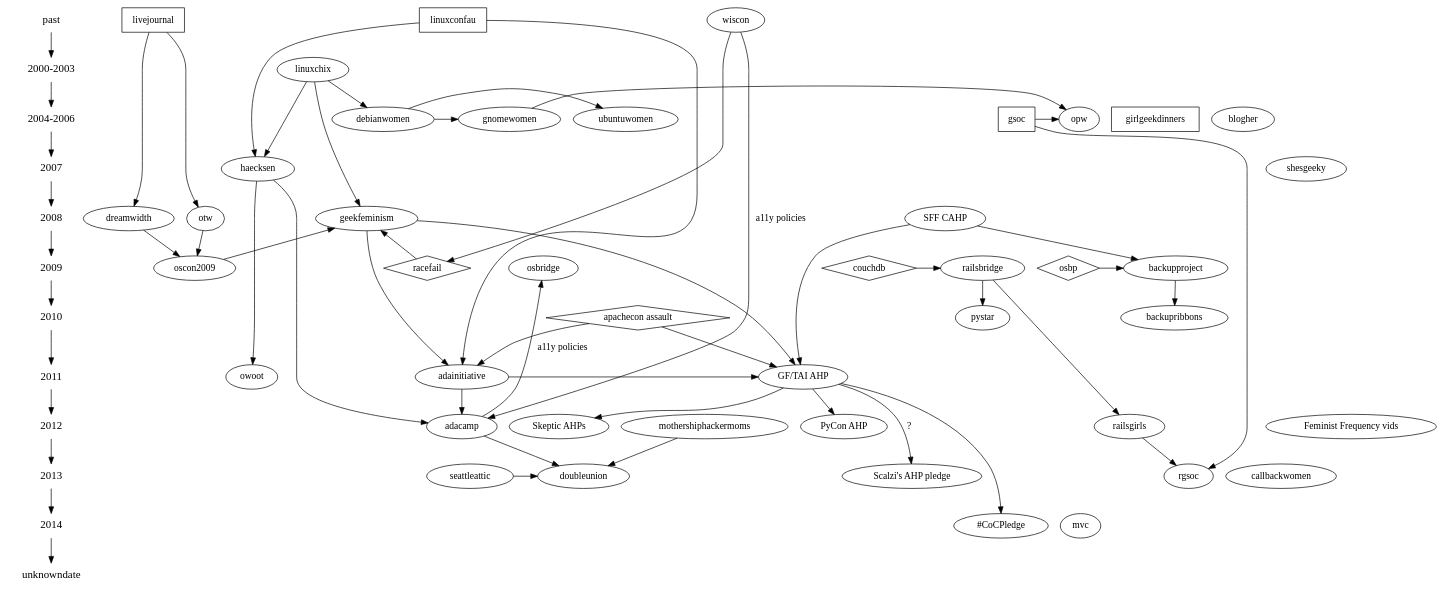
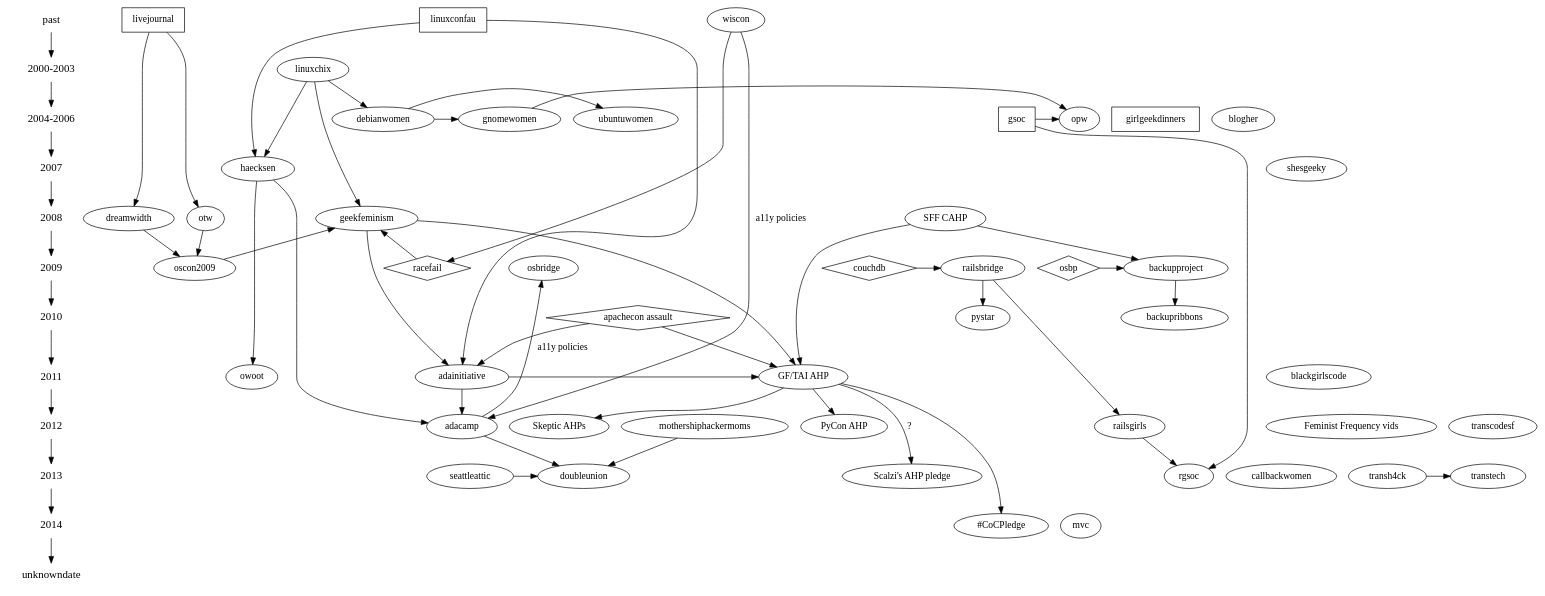
The diagram in gfft.dot (brainwane/gf-family-tree), drawn with Graphviz before and after one commit. The commit also changed 1 other file, not shown here.

Commit message:
added blackgirlscode, transh4ck, transcodesf, transtech

```diff
--- a/gfft.dot
+++ b/gfft.dot
@@ -1,147 +1,152 @@
 digraph GeekFeminismFamilyTree {
 
   /*
      The following shapes are used for different types of things:
      oval = geek feminist/women-in-tech/etc organisation
      rectangle = orgs that aren't particularly feminist, but are influential
      diamond = event/incident (cf. GF wiki "Timeline of Incidents")
   */
 
   /*
      And this section lays out the history in terms of years.
   */
 
   {
     node [shape=plaintext, fontsize=16];
     past -> "2000-2003" -> "2004-2006" -> 2007 -> 2008 -> 2009 -> 2010 -> 2011 -> 2012 -> 2013 -> 2014 -> unknowndate;
   }
   { rank = same; past; livejournal; wiscon; linuxconfau}
   { rank = same; "2000-2003"; linuxchix; }
   { rank = same; "2004-2006"; gsoc; opw; ubuntuwomen; gnomewomen; debianwomen; girlgeekdinners; blogher; }
   { rank = same; 2007; haecksen; shesgeeky; }
   { rank = same; 2008; "SFF CAHP"; geekfeminism; dreamwidth; otw; }
   { rank = same; 2009; oscon2009; racefail; couchdb; railsbridge; osbp; backupproject; osbridge; }
   { rank = same; 2010; "apachecon assault"; backupribbons;}
-  { rank = same; 2011; adainitiative; "GF/TAI AHP"; owoot }
-  { rank = same; 2012; adacamp; railsgirls; "Skeptic AHPs"; "PyCon AHP"; "Feminist Frequency vids";}
-  { rank = same; 2013; seattleattic; doubleunion; rgsoc; callbackwomen; "Scalzi's AHP pledge"; }
+  { rank = same; 2011; adainitiative; "GF/TAI AHP"; owoot; blackgirlscode }
+  { rank = same; 2012; adacamp; railsgirls; "Skeptic AHPs"; "PyCon AHP"; "Feminist Frequency vids"; transcodesf; }
+  { rank = same; 2013; seattleattic; doubleunion; rgsoc; callbackwomen; "Scalzi's AHP pledge"; transh4ck; transtech; }
   { rank = same; 2014; mvc; "#CoCPledge"; }
   { rank = same; 2014; mvc }
   { rank = same; unknowndate; }
 
   /* GGD explicitly identify as non-feminist
    * news.bbc.co.uk/2/hi/technology/8663593.stm */
   girlgeekdinners [shape=rectangle]
 
   /* Skud set up the GF wiki in 2008, mostly inspired by earlier "women
    * in open source" communities such as linuxchix */
   linuxchix -> geekfeminism;
 
   /* in 2009, Racefail introduced Skud and other GF wiki contributors to
    * a lot of new ideas */
   racefail -> geekfeminism;
   racefail [shape=diamond];
 
   /* in 2010, the Noirin Plunkett's assault at ApacheCon triggered
    * discussions about anti-harassment that would lead to the formation
    * of the Ada Initiative */
   "apachecon assault" -> adainitiative;
   "apachecon assault" [shape=diamond];
 
   /* GF (esp. volunteer burnout) was an influence on TAI */
   geekfeminism -> adainitiative;
 
   /* The first TAI discussions were held at LCA */
   linuxconfau -> adainitiative;
   linuxconfau [shape=rectangle];
 
   /* TAI wrote the first conf anti-harassment poilcy in response to the
    * apachecon assault */
   "apachecon assault" -> "GF/TAI AHP"
   "geekfeminism" -> "GF/TAI AHP"
   "adainitiative" -> "GF/TAI AHP"
 
   /* The Con Anti-Harassment Policy (out of SFF fandom) also inspired it */
   "SFF CAHP" -> "GF/TAI AHP"
 
   /* Vaguely related: Open Source Boob Project and Backup Project */
   osbp -> backupproject
   osbp [shape=diamond]
   "SFF CAHP" -> backupproject
   backupproject -> backupribbons;
 
   /* The GF/TAI AHP inspired the PyCon variant */
   "GF/TAI AHP" -> "PyCon AHP";
 
   /* The GF/TAI AHP inspired the skeptic variants */
   "GF/TAI AHP" -> "Skeptic AHPs";
   "GF/TAI AHP" -> "#CoCPledge";
 
   /* Causation here is less clear. */
   "GF/TAI AHP" -> "Scalzi's AHP pledge" [label="?"];
 
   adainitiative -> adacamp;
 
   /* Adacamp was inspired in some ways by Wiscon, eg. accessibility */
   wiscon -> adacamp [label="a11y policies"];
   /* and then open source bridge picked up some of that from adacamp */
   adacamp -> osbridge [label="a11y policies"];
 
   /* DoubleUnion came out of AdaCamp SF in 2013 */
   adacamp -> doubleunion;
   /* pretty sure mothership hackermoms was also an inspiration? */
   mothershiphackermoms -> doubleunion;
   seattleattic -> doubleunion;
 
   /* Various early women-in-open-source mailing lists etc */
   linuxchix -> debianwomen;
   debianwomen -> ubuntuwomen;
   /* Direct ancestry, because Hanna Wallach did debianwomen first and
    * then GNOME Women, and was never a big participant in LinuxChix*/
   debianwomen -> gnomewomen;
   haecksen -> owoot;
 
   /* Gnome Outreach Program for Women, now FOSS OPW */
   gnomewomen -> opw;
   /* "The Outreach Program for Women (OPW) was inspired by Google's
    * Summer of Code and by how few women applied for it."
    * via gnome.org/opw (why can't I include double slashes in a comment?)
    */
   gsoc -> opw;
   gsoc [shape=rectangle]
 
   /* LinuxChix inspired the Haecksen miniconf at LCA */
   linuxchix -> haecksen;
   linuxconfau -> haecksen;
 
   /* Both creations of Mary Gardiner's, one of the inputs to AdaCamp is
      what wasn't possible with Haecksen */
   haecksen -> adacamp;
 
   /* RailsBridge happened in response to the CouchDB incident at
    * GoGaRuCo */
   couchdb -> railsbridge;
   couchdb [shape=diamond];
   railsbridge -> pystar;
   railsbridge -> railsgirls;
 
   /* There's now a rails girls summer of code */
 
   railsgirls -> rgsoc;
   gsoc -> rgsoc;
 
   wiscon -> racefail;
 
   /* Livejournal (esp. their fail) inspired DW and OTW */
   livejournal -> dreamwidth;
   livejournal -> otw;
   livejournal [shape=rectangle]
 
   /* Dreamwidth and OTW inspired Skud's 2009 OSCON keynote */
   dreamwidth -> oscon2009;
   otw -> oscon2009;
 
   /* GF blog came out of the oscon2009 keynote, as a place to have
    * ongoing conversations */
   oscon2009 -> geekfeminism;
+
+  /* Trans*H4CK inspired the Transtech meetups
+   * lukasblakk.com/why-i-was-part-of-creating-a-thing-called-transtech/ */
+  transh4ck -> transtech;
+
 }
```
